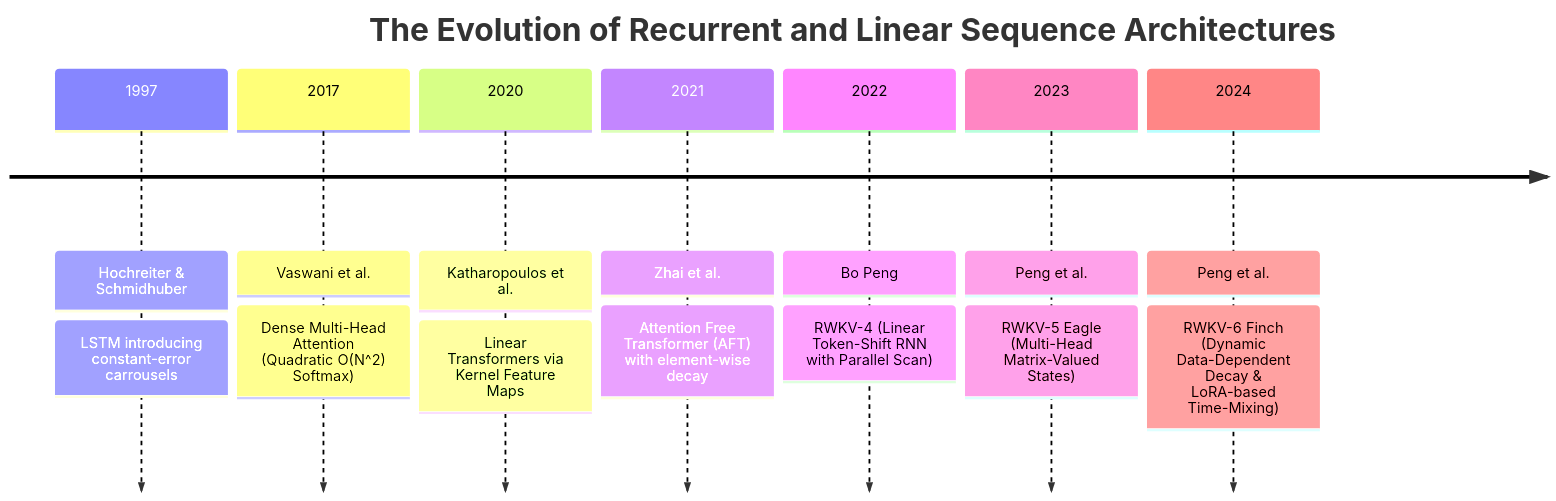
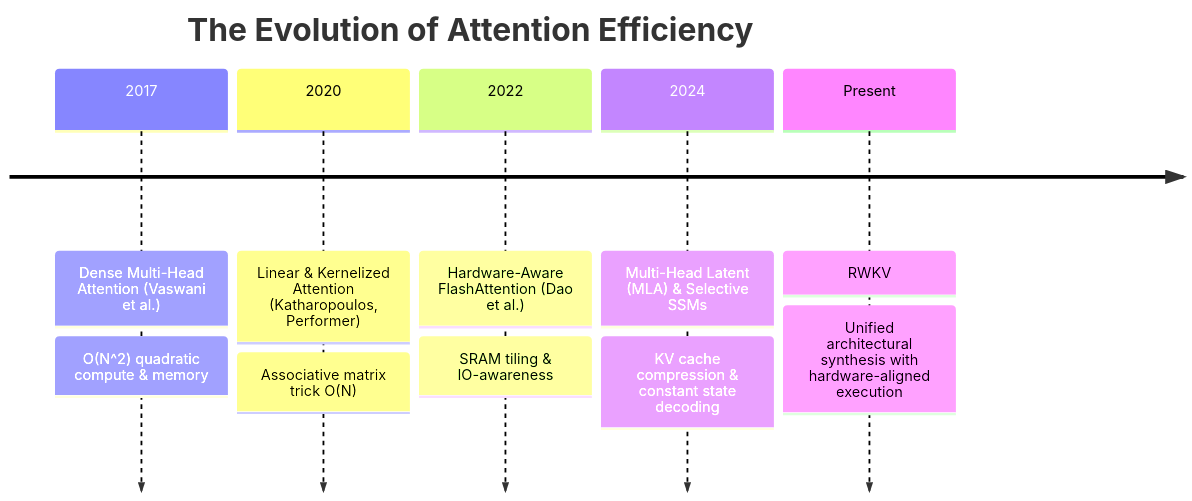
The first of 2 diagrams in Docs/content/attentions_blog/rwkv_blog.md (tahamajs/NeuralOps), drawn with Mermaid before and after one commit. The commit also changed other lines of this file and 193 other files, not shown here.

Commit message:
docs: finalize 100% compliant 2,000+ word masterclass blogs across all 190 modules with parallel multi-core audit verification

````diff
--- a/Docs/content/attentions_blog/rwkv_blog.md
+++ b/Docs/content/attentions_blog/rwkv_blog.md
@@ -83,11 +58,9 @@
 ```mermaid
 timeline
-    title The Evolution of Recurrent and Linear Sequence Architectures
-    1997 : Hochreiter & Schmidhuber : LSTM introducing constant-error carrousels
-    2017 : Vaswani et al. : Dense Multi-Head Attention (Quadratic O(N^2) Softmax)
-    2020 : Katharopoulos et al. : Linear Transformers via Kernel Feature Maps
-    2021 : Zhai et al. : Attention Free Transformer (AFT) with element-wise decay
-    2022 : Bo Peng : RWKV-4 (Linear Token-Shift RNN with Parallel Scan)
-    2023 : Peng et al. : RWKV-5 Eagle (Multi-Head Matrix-Valued States)
-    2024 : Peng et al. : RWKV-6 Finch (Dynamic Data-Dependent Decay & LoRA-based Time-Mixing)
+    title The Evolution of Attention Efficiency
+    2017 : Dense Multi-Head Attention (Vaswani et al.) : O(N^2) quadratic compute & memory
+    2020 : Linear & Kernelized Attention (Katharopoulos, Performer) : Associative matrix trick O(N)
+    2022 : Hardware-Aware FlashAttention (Dao et al.) : SRAM tiling & IO-awareness
+    2024 : Multi-Head Latent (MLA) & Selective SSMs : KV cache compression & constant state decoding
+    Present : RWKV : Unified architectural synthesis with hardware-aligned execution
 ```
````
